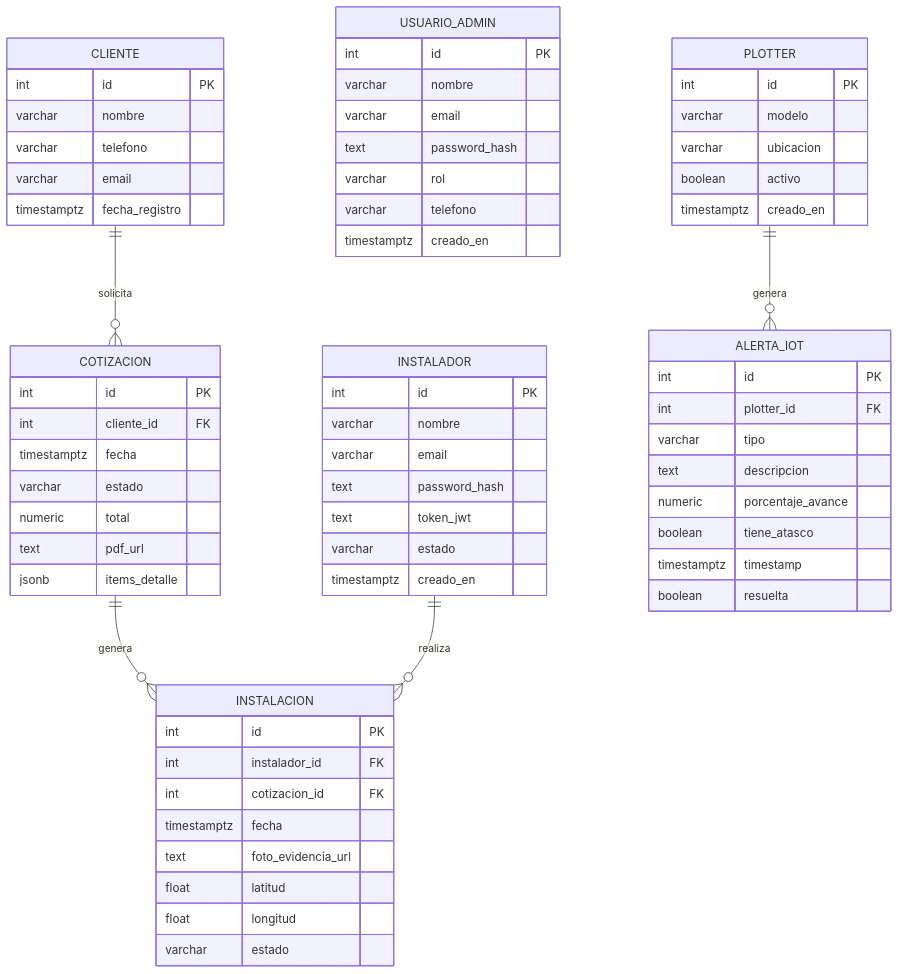
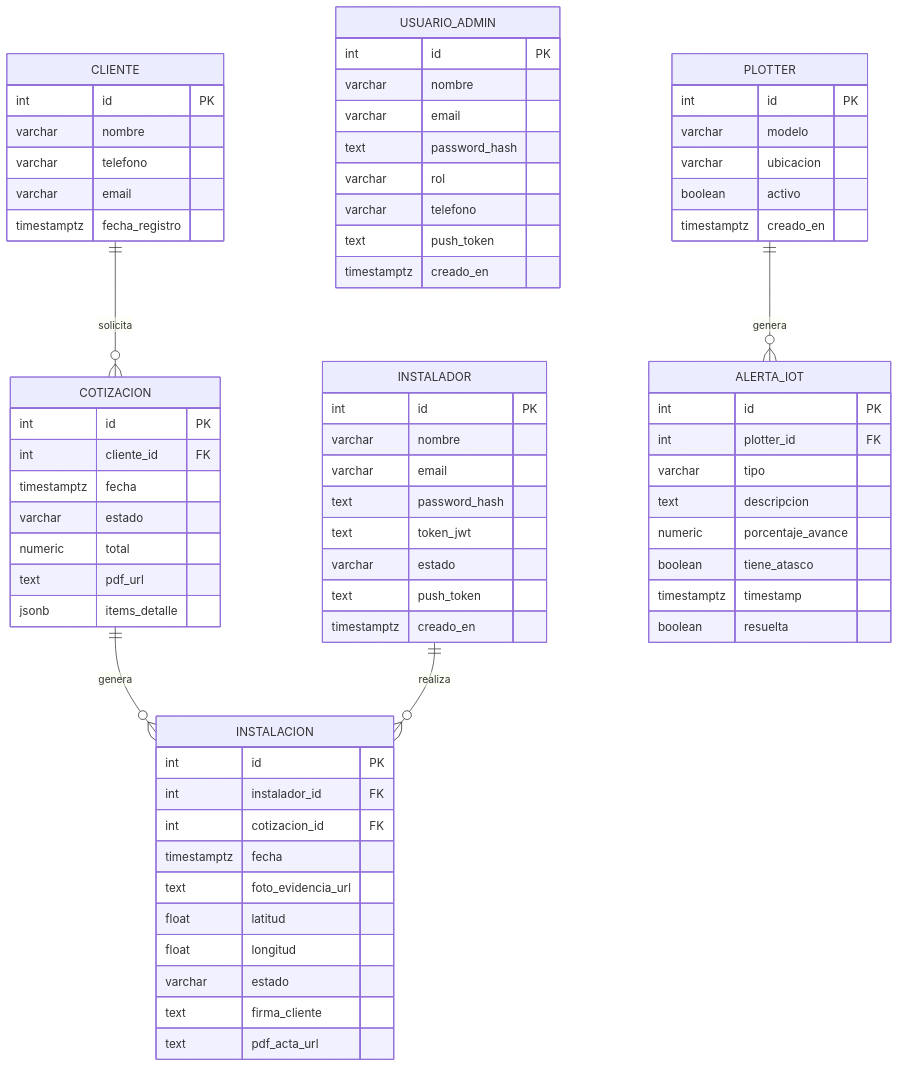
Before and after one commit to TomEscobC/app-gd-os: the diagram in entrega/Documentación/MER.md, drawn with Mermaid. The commit also changed 23 other files, not shown here.

Commit message:
feat: acta PDF de instalación, reportes con gráficos, reset-demo y documentación actualizada

````diff
--- a/entrega/Documentación/MER.md
+++ b/entrega/Documentación/MER.md
@@ -4,75 +4,79 @@
 ```mermaid
 erDiagram
     CLIENTE {
         int id PK
         varchar nombre
         varchar telefono
         varchar email
         timestamptz fecha_registro
     }
 
     COTIZACION {
         int id PK
         int cliente_id FK
         timestamptz fecha
         varchar estado
         numeric total
         text pdf_url
         jsonb items_detalle
     }
 
     USUARIO_ADMIN {
         int id PK
         varchar nombre
         varchar email
         text password_hash
         varchar rol
         varchar telefono
+        text push_token
         timestamptz creado_en
     }
 
     INSTALADOR {
         int id PK
         varchar nombre
         varchar email
         text password_hash
         text token_jwt
         varchar estado
+        text push_token
         timestamptz creado_en
     }
 
     INSTALACION {
         int id PK
         int instalador_id FK
         int cotizacion_id FK
         timestamptz fecha
         text foto_evidencia_url
         float latitud
         float longitud
         varchar estado
+        text firma_cliente
+        text pdf_acta_url
     }
 
     PLOTTER {
         int id PK
         varchar modelo
         varchar ubicacion
         boolean activo
         timestamptz creado_en
     }
 
     ALERTA_IOT {
         int id PK
         int plotter_id FK
         varchar tipo
         text descripcion
         numeric porcentaje_avance
         boolean tiene_atasco
         timestamptz timestamp
         boolean resuelta
     }
 
     CLIENTE        ||--o{ COTIZACION   : "solicita"
     COTIZACION     ||--o{ INSTALACION  : "genera"
     INSTALADOR     ||--o{ INSTALACION  : "realiza"
     PLOTTER        ||--o{ ALERTA_IOT   : "genera"
 ```
````
